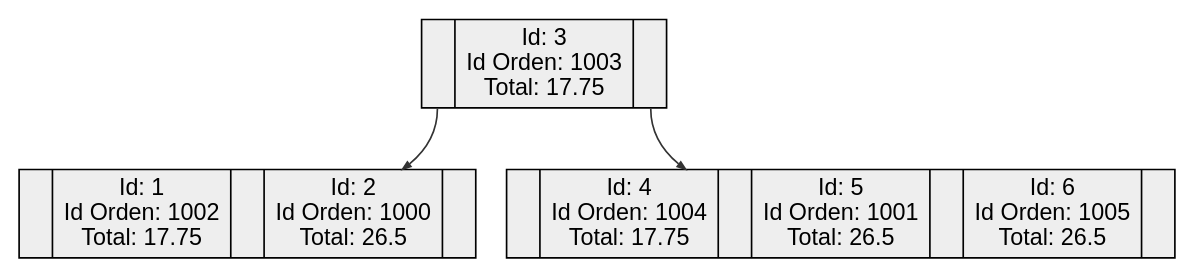
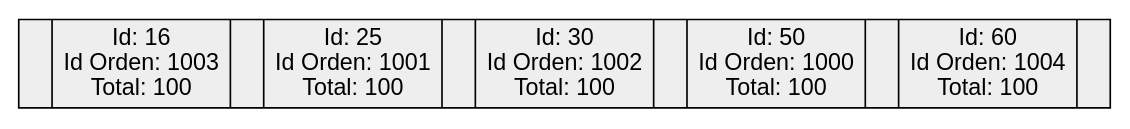
One commit to 0520Jose/-EDD-1S2025_202300539 changed the diagram in Fase2/AutoGestPro/Reportes/ReporteFacturas.dot. Above: the diagram before and after it, drawn with Graphviz. The commit also changed 58 other files, not shown here.

```diff
--- a/Fase2/AutoGestPro/Reportes/ReporteFacturas.dot
+++ b/Fase2/AutoGestPro/Reportes/ReporteFacturas.dot
@@ -1,22 +1,18 @@
 digraph G {
 node [shape=box];
 rankdir=TB;
 node [height=0.5];
 node [width=0.5];
 node [style=filled];
 node [fillcolor="#EEEEEE"];
 node [fontname="Arial"];
 edge [fontname="Arial"];
 edge [fontsize=8];
 edge [fontcolor="#333333"];
 edge [style="solid"];
 edge [color="#333333"];
 edge [dir="forward"];
 edge [arrowhead="normal"];
 edge [arrowsize="0.5"];
-node41962596 [label="<f0>| Id: 3\nId Orden: 1003\nTotal: 17.75 | <f1>", shape=record];
-node41962596:f0 -> node42119052;
-node42119052 [label="<f0>| Id: 1\nId Orden: 1002\nTotal: 17.75 | <f1>| Id: 2\nId Orden: 1000\nTotal: 26.5 | <f2>", shape=record];
-node41962596:f1 -> node43527150;
-node43527150 [label="<f0>| Id: 4\nId Orden: 1004\nTotal: 17.75 | <f1>| Id: 5\nId Orden: 1001\nTotal: 26.5 | <f2>| Id: 6\nId Orden: 1005\nTotal: 26.5 | <f3>", shape=record];
+node42119052 [label="<f0>| Id: 16\nId Orden: 1003\nTotal: 100 | <f1>| Id: 25\nId Orden: 1001\nTotal: 100 | <f2>| Id: 30\nId Orden: 1002\nTotal: 100 | <f3>| Id: 50\nId Orden: 1000\nTotal: 100 | <f4>| Id: 60\nId Orden: 1004\nTotal: 100 | <f5>", shape=record];
 }
```
